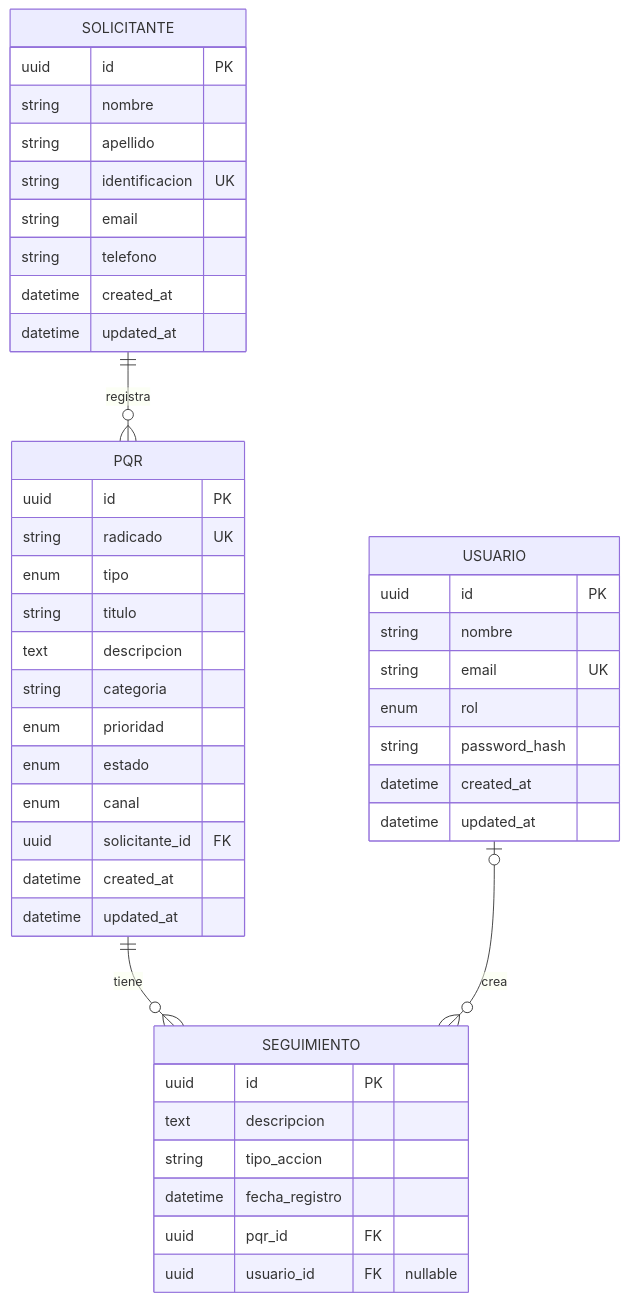
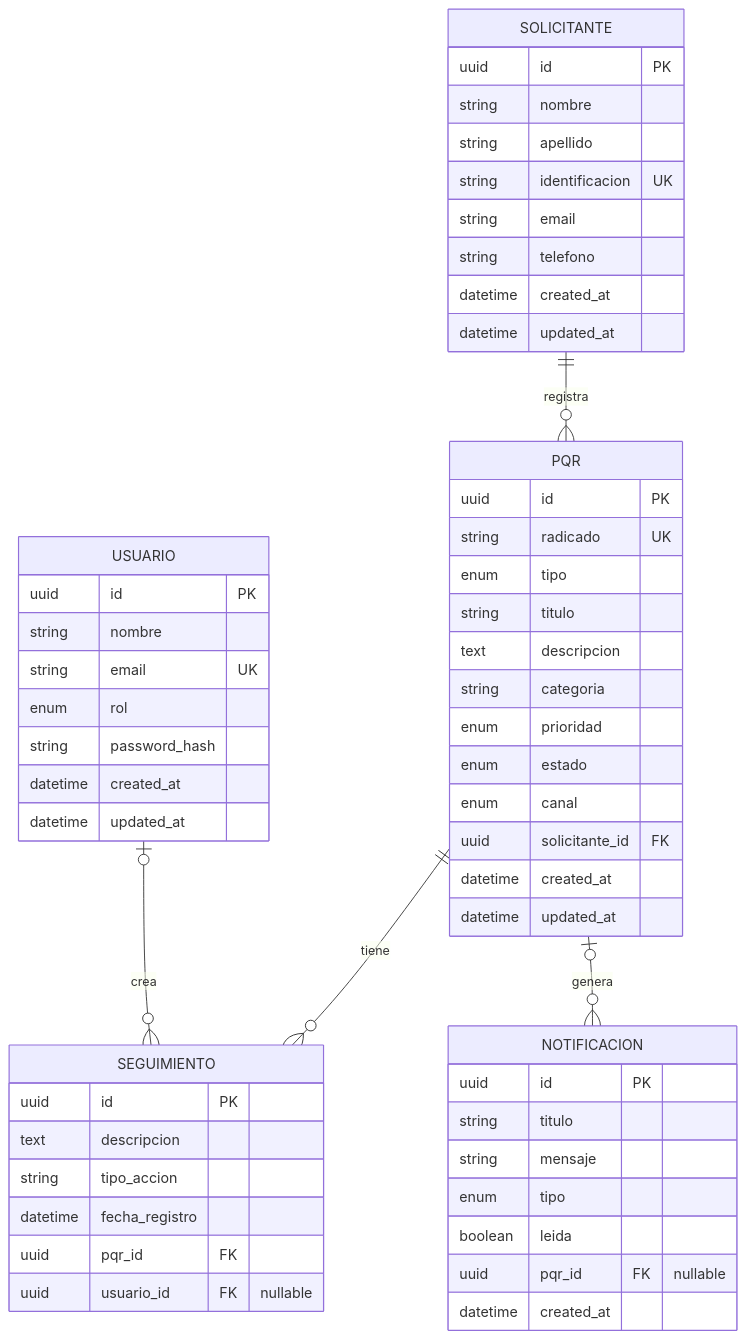
The diagram in doc/modelo-datos.md (mayero2304/PRUEBA_EVALUACION_PQR), drawn with Mermaid before and after one commit. The commit also changed other lines of this file and 5 other files, not shown here.

````diff
--- a/doc/modelo-datos.md
+++ b/doc/modelo-datos.md
@@ -5,51 +5,62 @@
 ```mermaid
 erDiagram
   SOLICITANTE ||--o{ PQR : registra
   PQR ||--o{ SEGUIMIENTO : tiene
   USUARIO o|--o{ SEGUIMIENTO : crea
+  PQR o|--o{ NOTIFICACION : genera
 
   SOLICITANTE {
     uuid id PK
     string nombre
     string apellido
     string identificacion UK
     string email
     string telefono
+    datetime created_at
+    datetime updated_at
+  }
+
+  USUARIO {
+    uuid id PK
+    string nombre
+    string email UK
+    enum rol
+    string password_hash
     datetime created_at
     datetime updated_at
   }
 
   PQR {
     uuid id PK
     string radicado UK
     enum tipo
     string titulo
     text descripcion
     string categoria
     enum prioridad
     enum estado
     enum canal
     uuid solicitante_id FK
     datetime created_at
     datetime updated_at
   }
 
   SEGUIMIENTO {
     uuid id PK
     text descripcion
     string tipo_accion
     datetime fecha_registro
     uuid pqr_id FK
     uuid usuario_id FK "nullable"
   }
 
-  USUARIO {
+  NOTIFICACION {
     uuid id PK
-    string nombre
-    string email UK
-    enum rol
-    string password_hash
+    string titulo
+    string mensaje
+    enum tipo
+    boolean leida
+    uuid pqr_id FK "nullable"
     datetime created_at
-    datetime updated_at
   }
 ```
````
